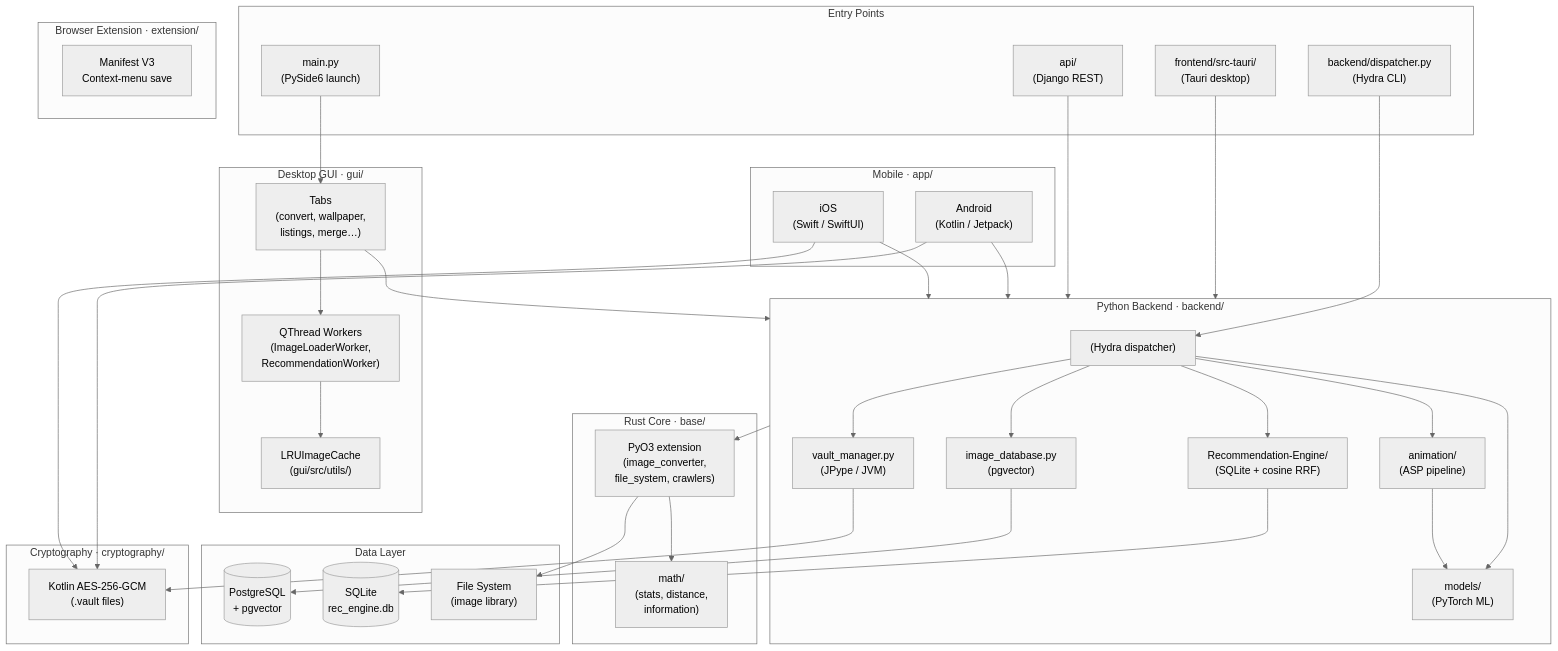
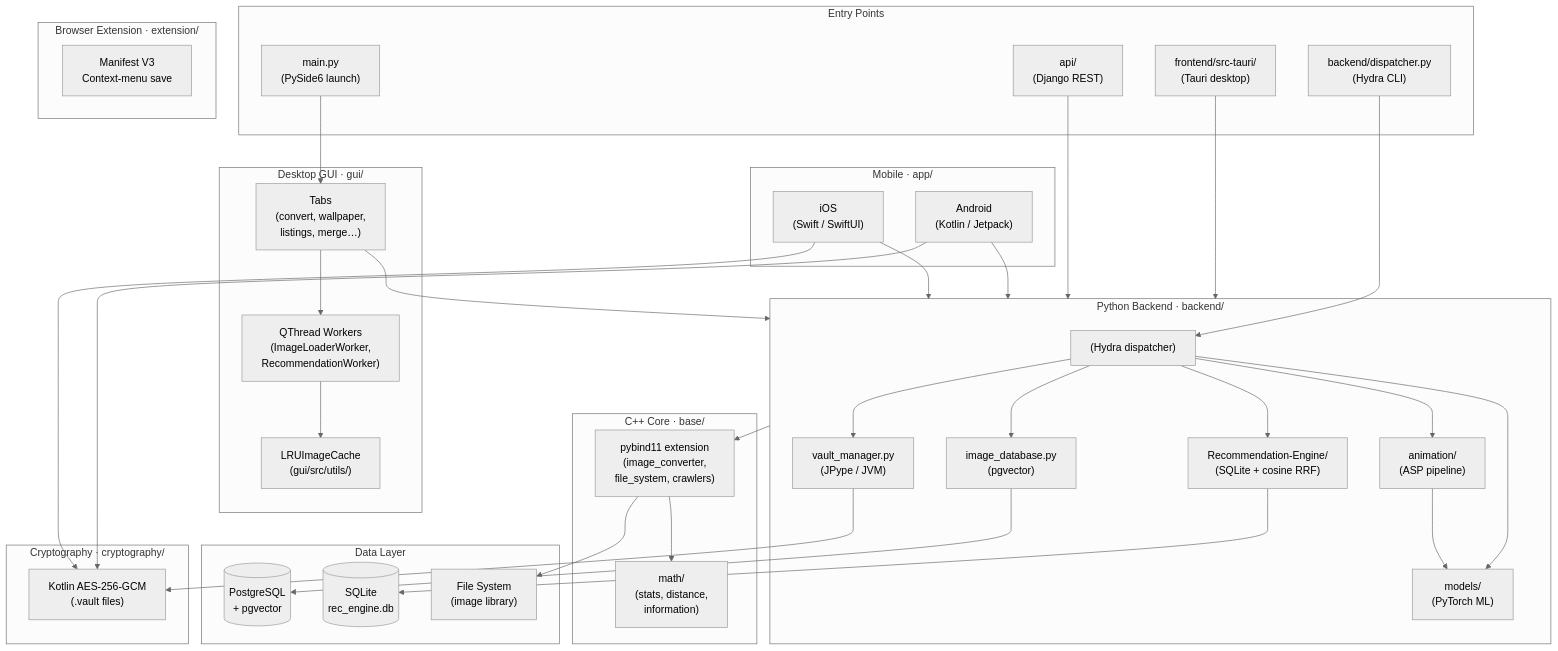
Before and after one commit to ACFHarbinger/Image-Toolkit: the first of 25 diagrams in docs/ARCHITECTURE.md, drawn with Mermaid (neutral theme). The commit also changed other lines of this file and 51 other files, not shown here.

Commit message:
Updated all mentions to the previous Rust base to the new C++ base, and moved the asp_config.toml file to the backend/config directory

```diff
--- a/docs/ARCHITECTURE.md
+++ b/docs/ARCHITECTURE.md
@@ -29,8 +29,8 @@
         RECENG["Recommendation-Engine/\n(SQLite + cosine RRF)"]
     end
 
-    subgraph RustCore["Rust Core  ·  base/"]
-        RUST["PyO3 extension\n(image_converter,\nfile_system, crawlers)"]
+    subgraph CppCore["C++ Core  ·  base/"]
+        RUST["pybind11 extension\n(image_converter,\nfile_system, crawlers)"]
         RUSTMATH["math/\n(stats, distance,\ninformation)"]
     end
 
```
